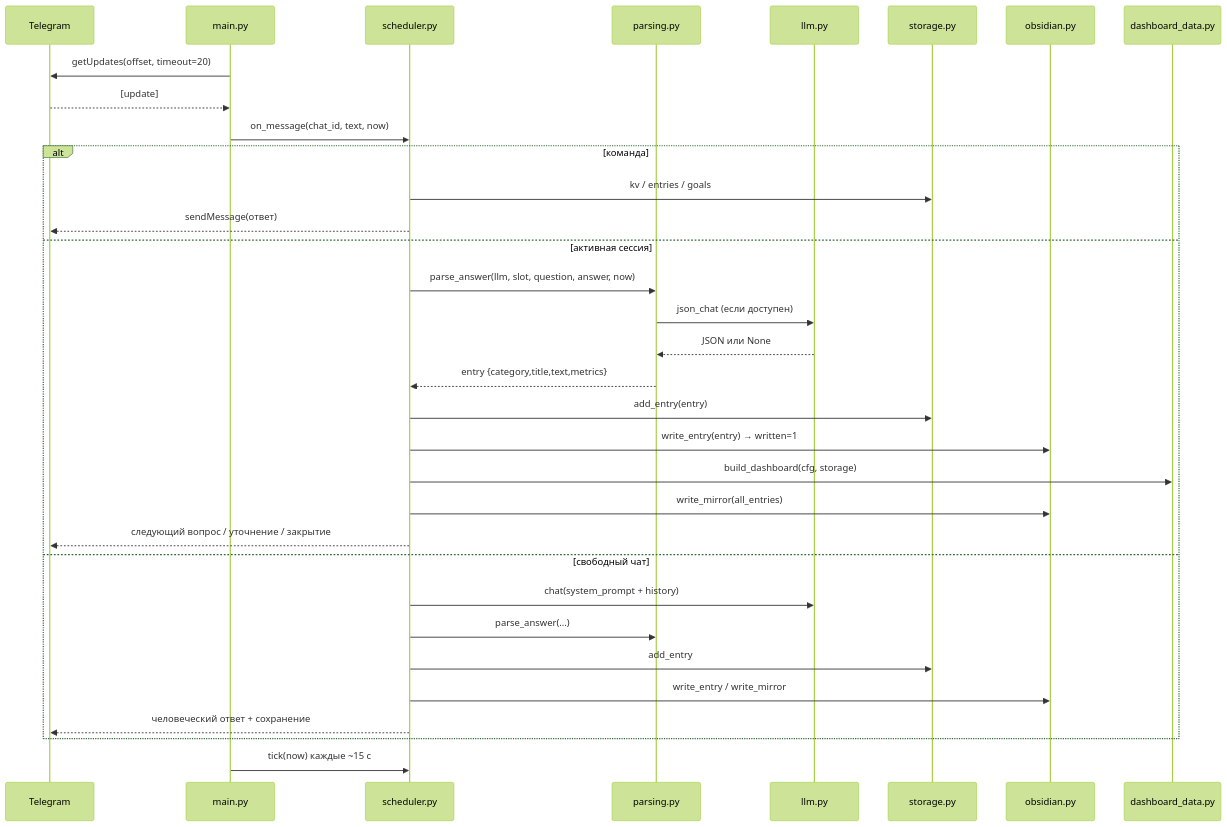
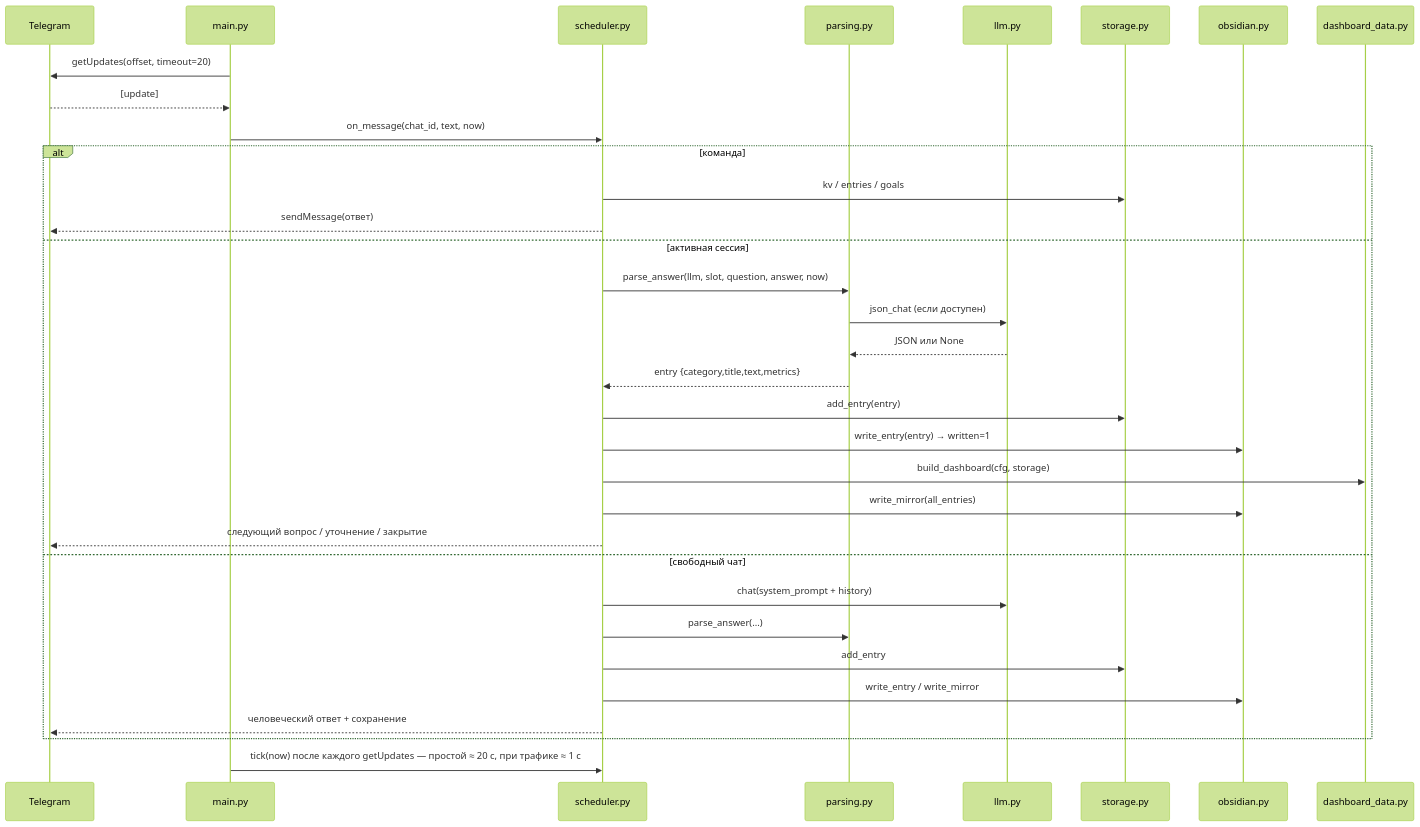
Before and after one commit to EpicBatShanty32/life-os: the second of 4 diagrams in studio/ARCHITECTURE_MAP.md, drawn with Mermaid (forest theme). The commit also changed other lines of this file and 34 other files, not shown here.

````diff
--- a/studio/ARCHITECTURE_MAP.md
+++ b/studio/ARCHITECTURE_MAP.md
@@ -50,36 +50,36 @@
 ```mermaid
 sequenceDiagram
     participant T as Telegram
     participant M as main.py
     participant S as scheduler.py
     participant P as parsing.py
     participant L as llm.py
     participant DB as storage.py
     participant V as obsidian.py
     participant D as dashboard_data.py
 
     M->>T: getUpdates(offset, timeout=20)
     T-->>M: [update]
     M->>S: on_message(chat_id, text, now)
     alt команда
         S->>DB: kv / entries / goals
         S-->>T: sendMessage(ответ)
     else активная сессия
         S->>P: parse_answer(llm, slot, question, answer, now)
         P->>L: json_chat (если доступен)
         L-->>P: JSON или None
         P-->>S: entry {category,title,text,metrics}
         S->>DB: add_entry(entry)
         S->>V: write_entry(entry) → written=1
         S->>D: build_dashboard(cfg, storage)
         S->>V: write_mirror(all_entries)
         S-->>T: следующий вопрос / уточнение / закрытие
     else свободный чат
         S->>L: chat(system_prompt + history)
         S->>P: parse_answer(...)
         S->>DB: add_entry
         S->>V: write_entry / write_mirror
         S-->>T: человеческий ответ + сохранение
     end
-    M->>S: tick(now) каждые ~15 c
+    M->>S: tick(now) после каждого getUpdates — простой ≈ 20 c, при трафике ≈ 1 c
 ```
````
